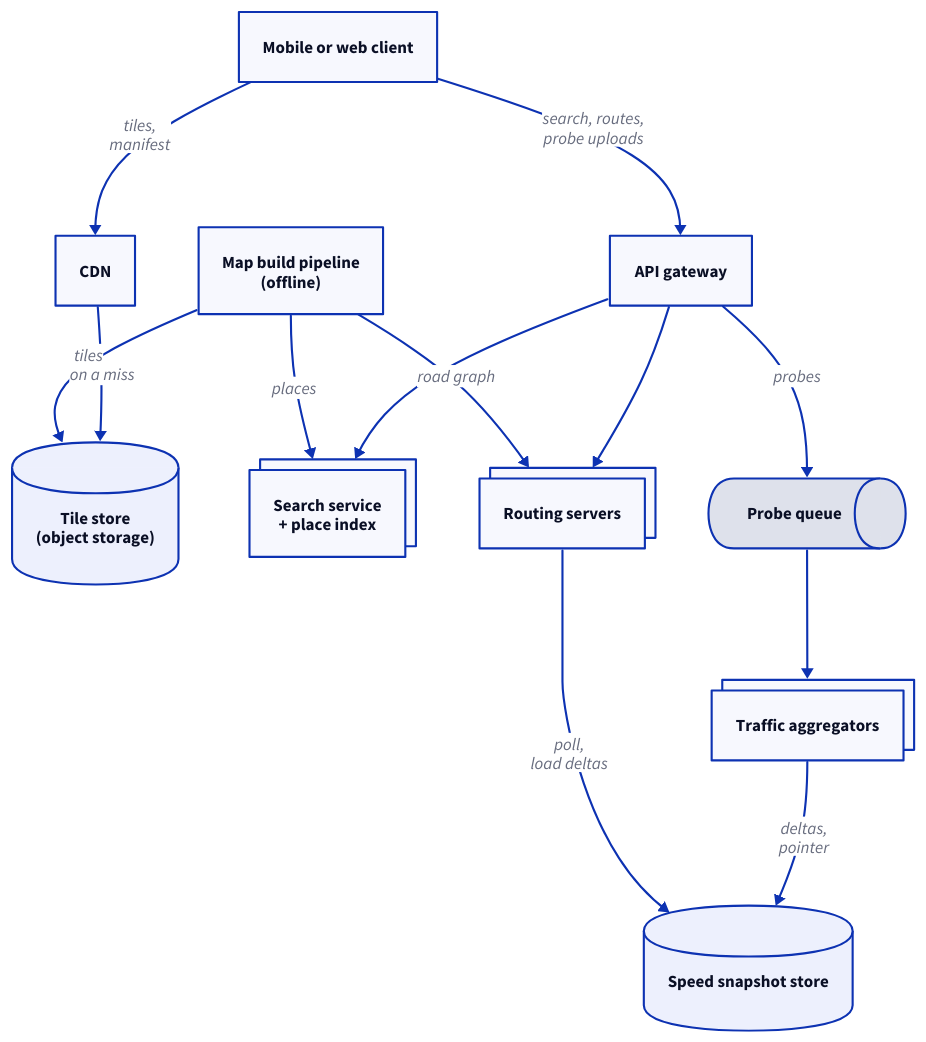
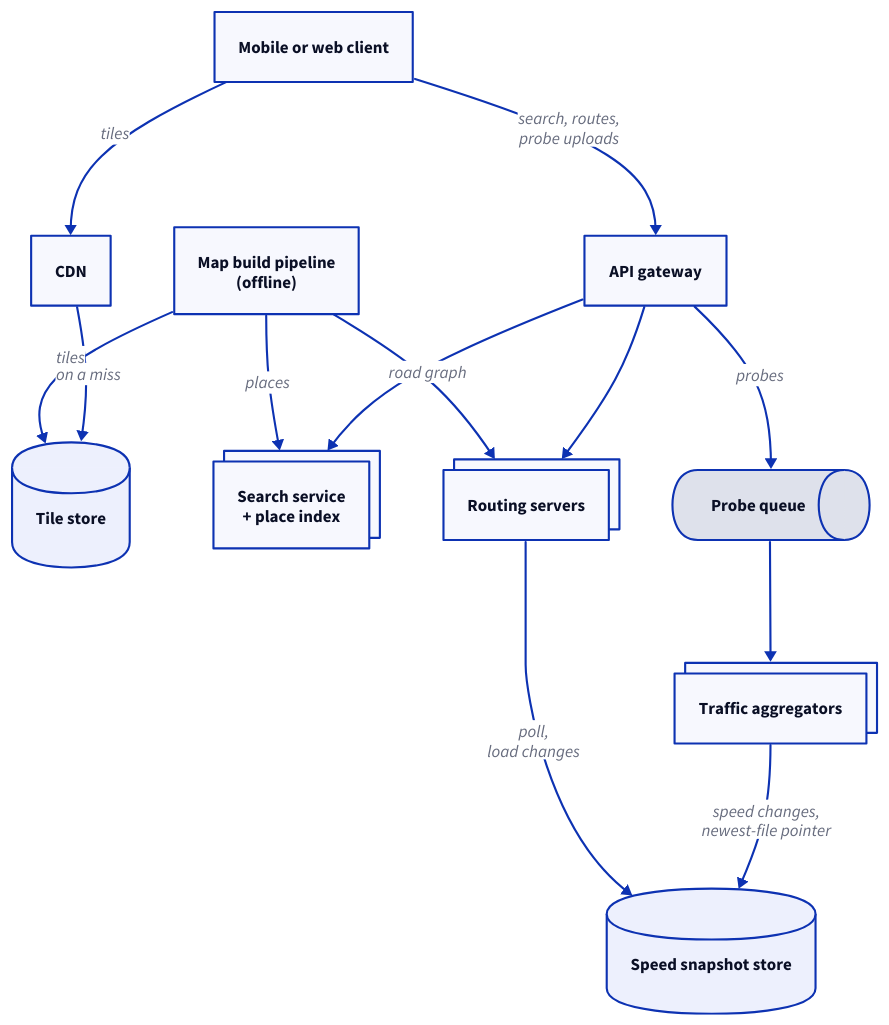
The diagram in src/system-design/diagrams/maps/architecture.d2 (enbattle/til), drawn with D2 before and after one commit. The commit also changed 14 other files, not shown here.

```diff
--- a/src/system-design/diagrams/maps/architecture.d2
+++ b/src/system-design/diagrams/maps/architecture.d2
@@ -1,42 +1,42 @@
 # High-level architecture of the maps service. Tiles are static files served
 # through a CDN. Search, routes and probe uploads go through the API gateway.
 # Probes flow through a queue to the traffic aggregators, which publish speed
-# deltas that the routing servers poll. The offline map build produces the
+# changes that the routing servers poll. The offline map build produces the
 # tiles, the road graph and the place index.
 direction: down
 
 client: Mobile or web client
 cdn: CDN
 gateway: API gateway
-tiles: "Tile store\n(object storage)" {
+tiles: Tile store {
   shape: cylinder
 }
 search: "Search service\n+ place index" {
   style.multiple: true
 }
 routing: Routing servers {
   style.multiple: true
 }
 queue: Probe queue {
   shape: queue
 }
 agg: Traffic aggregators {
   style.multiple: true
 }
 speeds: "Speed snapshot store" {
   shape: cylinder
 }
 build: "Map build pipeline\n(offline)"
 
-client -> cdn: "tiles,\nmanifest"
+client -> cdn: tiles
 cdn -> tiles: "on a miss"
 client -> gateway: "search, routes,\nprobe uploads"
 gateway -> search
 gateway -> routing
 gateway -> queue: "probes"
 queue -> agg
-agg -> speeds: "deltas,\npointer"
-routing -> speeds: "poll,\nload deltas"
+agg -> speeds: "speed changes,\nnewest-file pointer"
+routing -> speeds: "poll,\nload changes"
 build -> tiles: "tiles"
 build -> routing: "road graph"
 build -> search: "places"
```
